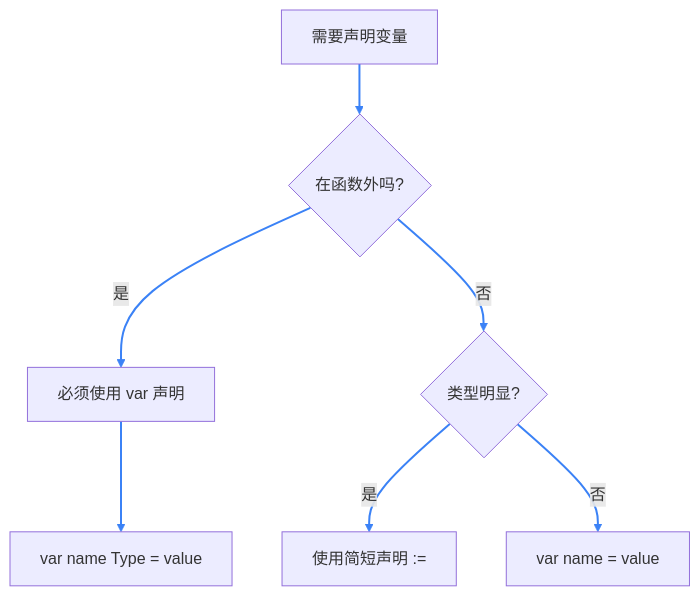
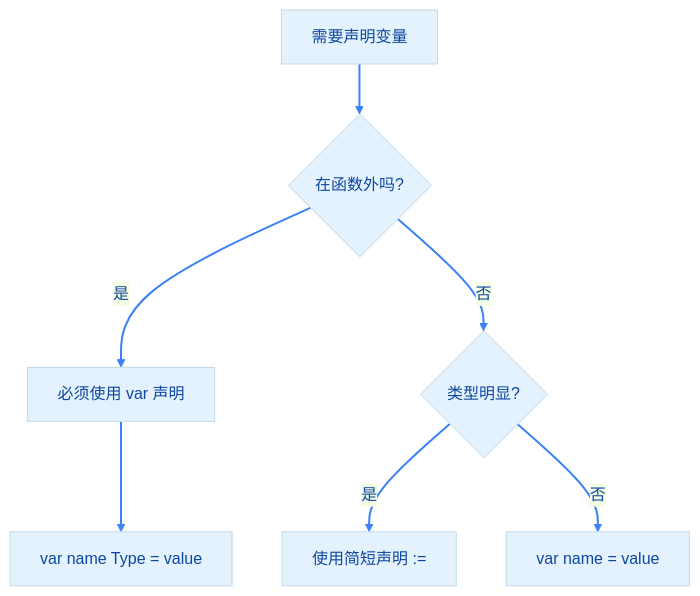
The diagram in docs/zh/golang/fundamentals/variables-constants.mdx (lazygophers/knowledge), drawn with Mermaid before and after one commit. The commit also changed 10 other files, not shown here.

First line of the commit message:
docs(golang): 修复 Mermaid 箭头样式和连接线颜色

````diff
--- a/docs/zh/golang/fundamentals/variables-constants.mdx
+++ b/docs/zh/golang/fundamentals/variables-constants.mdx
@@ -38,16 +38,17 @@
 ```mermaid
+%%{init: {'theme':'base', 'themeVariables': { 'lineColor':'#3b82f6', 'primaryColor':'#e3f2fd', 'primaryTextColor':'#0d47a1'}}}%%
 flowchart TD
     A[需要声明变量] --> B{在函数外吗?}
     B -->|是| C[必须使用 var 声明]
     B -->|否| D{类型明显?}
 
     C --> E[var name Type = value]
     D -->|是| F[使用简短声明 :=]
     D -->|否| G[var name = value]
 
     linkStyle default stroke:#3b82f6,stroke-width:2px
-    classDef mustVar fill:#ffcdd2,stroke:#d32f2f,color:#7f0000
-    classDef shortDecl fill:#c8e6c9,stroke:#2e7d32,color:#064e3b
-    classDef typeInf fill:#e1f5ff,stroke:#1976d2,color:#0d47a1
-    classDef varDecl fill:#fff9c4,stroke:#f59e0b,color:#78350f
+    classDef mustVar fill:#ffcdd2,stroke:#d32f2f,stroke-width:2px,color:#7f0000
+    classDef shortDecl fill:#c8e6c9,stroke:#2e7d32,stroke-width:2px,color:#064e3b
+    classDef typeInf fill:#e1f5ff,stroke:#1976d2,stroke-width:2px,color:#0d47a1
+    classDef varDecl fill:#fff9c4,stroke:#f59e0b,stroke-width:2px,color:#78350f
 ```
````
